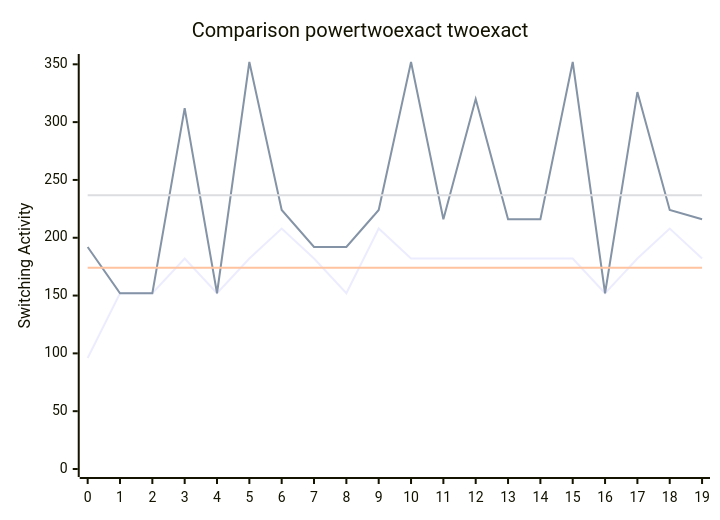
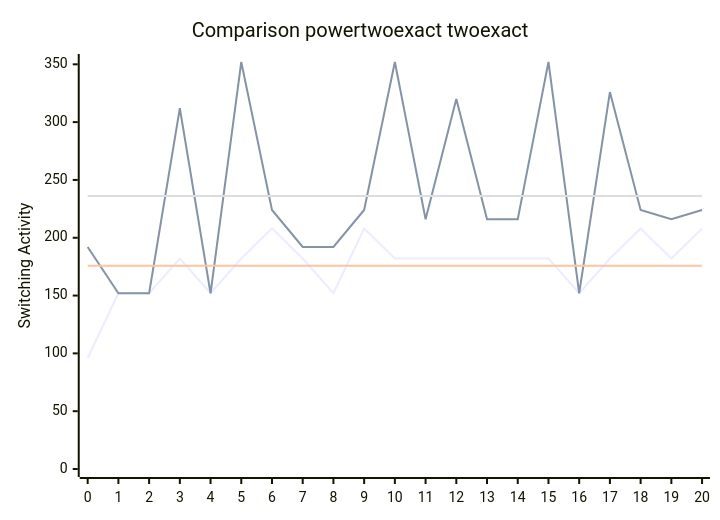
The diagram in benchmark.md (FeldmeierMichael/Exact-Power-Synthesis), drawn with Mermaid before and after one commit. The commit also changed other lines of this file and 2 other files, not shown here.

````diff
--- a/benchmark.md
+++ b/benchmark.md
@@ -43,10 +45,10 @@
 ```mermaid
 xychart-beta
     title "Comparison powertwoexact twoexact"
-    x-axis [0, 1, 2, 3, 4, 5, 6, 7, 8, 9, 10, 11, 12, 13, 14, 15, 16, 17, 18, 19]
+    x-axis [0, 1, 2, 3, 4, 5, 6, 7, 8, 9, 10, 11, 12, 13, 14, 15, 16, 17, 18, 19, 20]
     y-axis "Switching Activity" 0-->352
-    line [96, 152, 152, 182, 152, 182, 208, 182, 152, 208, 182, 182, 182, 182, 182, 182, 152, 182, 208, 182]
-    line [192, 152, 152, 312, 152, 352, 224, 192, 192, 224, 352, 216, 320, 216, 216, 352, 152, 326, 224, 216]
-    line [174.1, 174.1, 174.1, 174.1, 174.1, 174.1, 174.1, 174.1, 174.1, 174.1, 174.1, 174.1, 174.1, 174.1, 174.1, 174.1, 174.1, 174.1, 174.1, 174.1]
-    line [236.7, 236.7, 236.7, 236.7, 236.7, 236.7, 236.7, 236.7, 236.7, 236.7, 236.7, 236.7, 236.7, 236.7, 236.7, 236.7, 236.7, 236.7, 236.7, 236.7]
+    line [96, 152, 152, 182, 152, 182, 208, 182, 152, 208, 182, 182, 182, 182, 182, 182, 152, 182, 208, 182, 208]
+    line [192, 152, 152, 312, 152, 352, 224, 192, 192, 224, 352, 216, 320, 216, 216, 352, 152, 326, 224, 216, 224]
+    line [175.71428571428572, 175.71428571428572, 175.71428571428572, 175.71428571428572, 175.71428571428572, 175.71428571428572, 175.71428571428572, 175.71428571428572, 175.71428571428572, 175.71428571428572, 175.71428571428572, 175.71428571428572, 175.71428571428572, 175.71428571428572, 175.71428571428572, 175.71428571428572, 175.71428571428572, 175.71428571428572, 175.71428571428572, 175.71428571428572, 175.71428571428572]
+    line [236.0952380952381, 236.0952380952381, 236.0952380952381, 236.0952380952381, 236.0952380952381, 236.0952380952381, 236.0952380952381, 236.0952380952381, 236.0952380952381, 236.0952380952381, 236.0952380952381, 236.0952380952381, 236.0952380952381, 236.0952380952381, 236.0952380952381, 236.0952380952381, 236.0952380952381, 236.0952380952381, 236.0952380952381, 236.0952380952381, 236.0952380952381]
 ```
````
